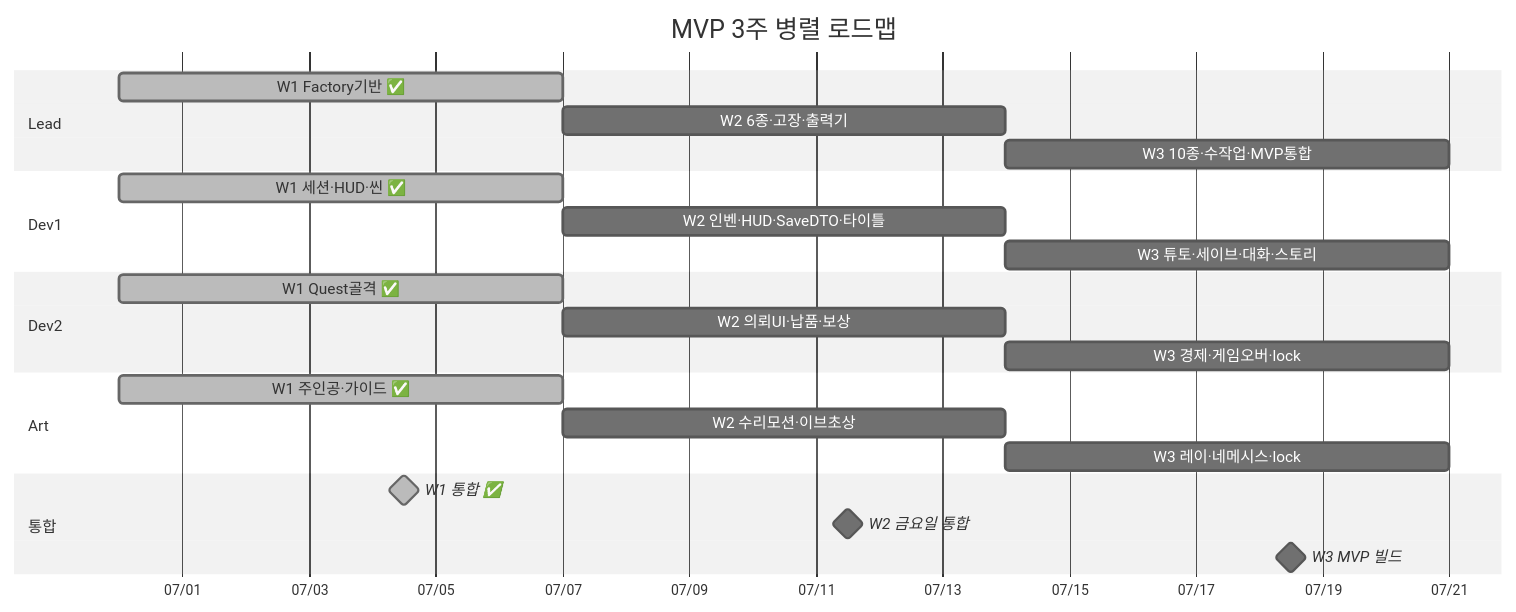
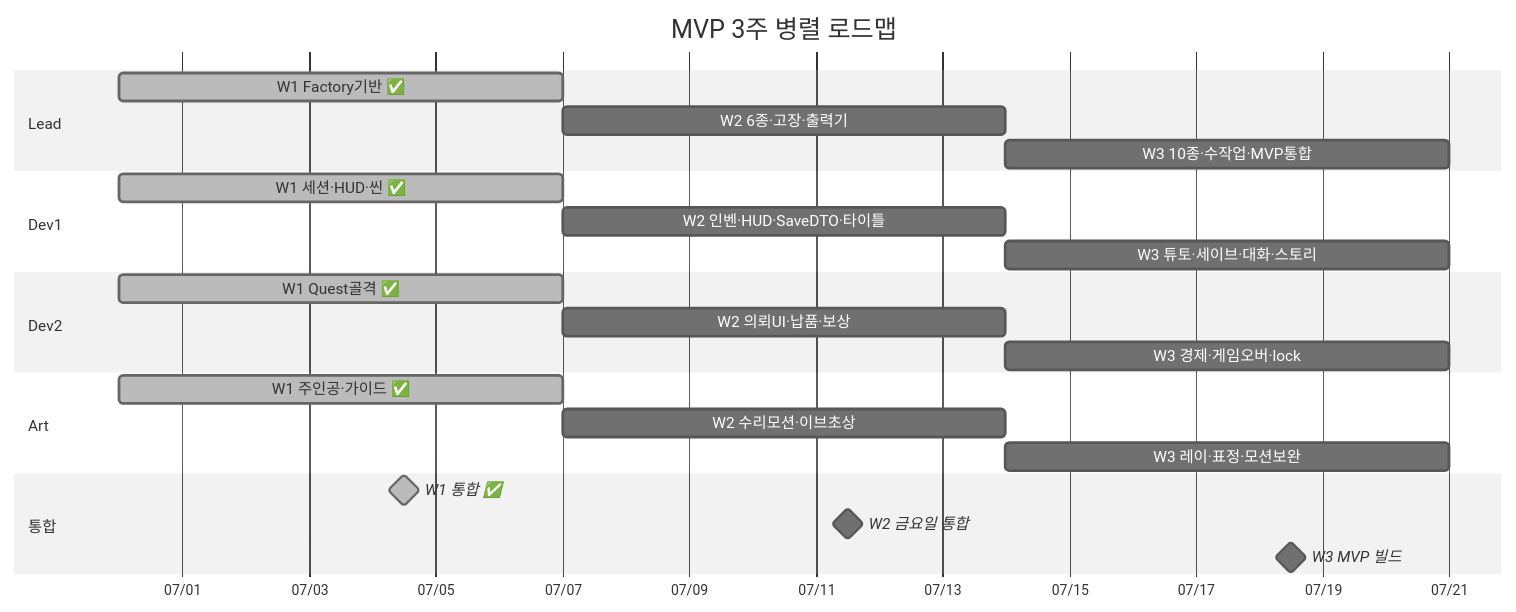
The second of 5 diagrams in Docs/dev-plan/parallel-roadmap.md (BARIbrother/DungeonFront), drawn with Mermaid (neutral theme) before and after one commit. The commit also changed other lines of this file and 45 other files, not shown here.

````diff
--- a/Docs/dev-plan/parallel-roadmap.md
+++ b/Docs/dev-plan/parallel-roadmap.md
@@ -59,31 +59,31 @@
 ```mermaid
 gantt
     title MVP 3주 병렬 로드맵
     dateFormat YYYY-MM-DD
     axisFormat %m/%d
 
     section Lead
     W1 Factory기반 ✅           :done, lead1, 2026-06-30, 7d
     W2 6종·고장·출력기         :lead2, 2026-07-07, 7d
     W3 10종·수작업·MVP통합      :lead3, after lead2, 7d
 
     section Dev1
     W1 세션·HUD·씬 ✅           :done, d1_1, 2026-06-30, 7d
     W2 인벤·HUD·SaveDTO·타이틀  :d1_2, 2026-07-07, 7d
     W3 튜토·세이브·대화·스토리   :d1_3, after d1_2, 7d
 
     section Dev2
     W1 Quest골격 ✅             :done, d2_1, 2026-06-30, 7d
     W2 의뢰UI·납품·보상         :d2_2, 2026-07-07, 7d
     W3 경제·게임오버·lock       :d2_3, after d2_2, 7d
 
     section Art
     W1 주인공·가이드 ✅         :done, art1, 2026-06-30, 7d
     W2 수리모션·이브초상        :art2, 2026-07-07, 7d
-    W3 레이·네메시스·lock       :art3, after art2, 7d
+    W3 레이·표정·모션보완       :art3, after art2, 7d
 
     section 통합
     W1 통합 ✅                  :milestone, done, 2026-07-04, 1d
     W2 금요일 통합              :milestone, 2026-07-11, 1d
     W3 MVP 빌드                 :milestone, 2026-07-18, 1d
 ```
````
